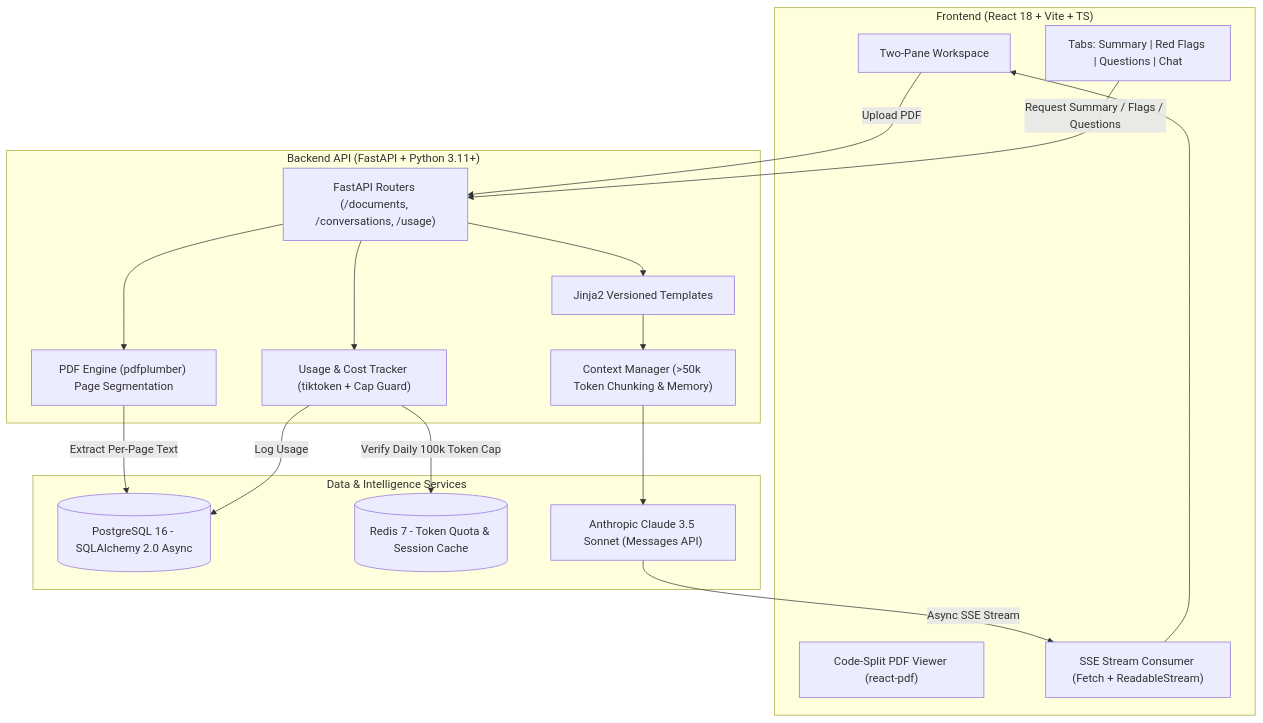
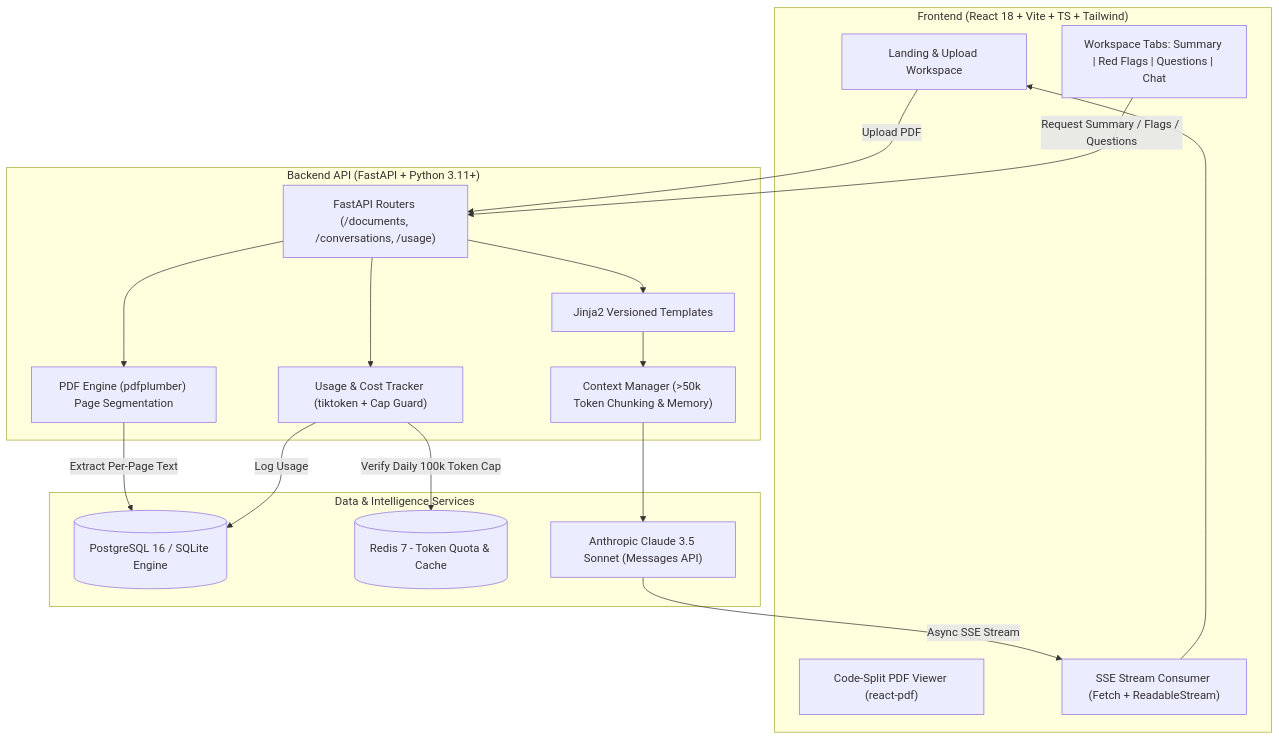
One commit to crnjihia/counsel-ai changed the diagram in README.md. Above: the diagram before and after it, drawn with Mermaid. The commit also changed other lines of this file, not shown here.

Commit message:
docs: polish README with hero screenshot, architectural flow, and developer setup

````diff
--- a/README.md
+++ b/README.md
@@ -21,36 +47,36 @@
 ```mermaid
 flowchart TD
-    subgraph Client["Frontend (React 18 + Vite + TS)"]
-        UI["Two-Pane Workspace"]
+    subgraph Client["Frontend (React 18 + Vite + TS + Tailwind)"]
+        UI["Landing & Upload Workspace"]
         PDF["Code-Split PDF Viewer (react-pdf)"]
-        Tabs["Tabs: Summary | Red Flags | Questions | Chat"]
+        Tabs["Workspace Tabs: Summary | Red Flags | Questions | Chat"]
         SSE_Client["SSE Stream Consumer (Fetch + ReadableStream)"]
     end
 
     subgraph API["Backend API (FastAPI + Python 3.11+)"]
         Router["FastAPI Routers (/documents, /conversations, /usage)"]
         PDF_Extract["PDF Engine (pdfplumber) Page Segmentation"]
         ContextMgr["Context Manager (>50k Token Chunking & Memory)"]
         CostCtrl["Usage & Cost Tracker (tiktoken + Cap Guard)"]
         PromptEngine["Jinja2 Versioned Templates"]
     end
 
     subgraph Infra["Data & Intelligence Services"]
-        PG[(PostgreSQL 16 - SQLAlchemy 2.0 Async)]
-        RD[(Redis 7 - Token Quota & Session Cache)]
+        PG[(PostgreSQL 16 / SQLite Engine)]
+        RD[(Redis 7 - Token Quota & Cache)]
         Claude["Anthropic Claude 3.5 Sonnet (Messages API)"]
     end
 
     UI -->|Upload PDF| Router
     Router --> PDF_Extract
     PDF_Extract -->|Extract Per-Page Text| PG
     Router --> CostCtrl
     CostCtrl -->|Verify Daily 100k Token Cap| RD
     CostCtrl -->|Log Usage| PG
     Tabs -->|Request Summary / Flags / Questions| Router
     Router --> PromptEngine
     PromptEngine --> ContextMgr
     ContextMgr --> Claude
     Claude -->|Async SSE Stream| SSE_Client
     SSE_Client --> UI
 ```
````
